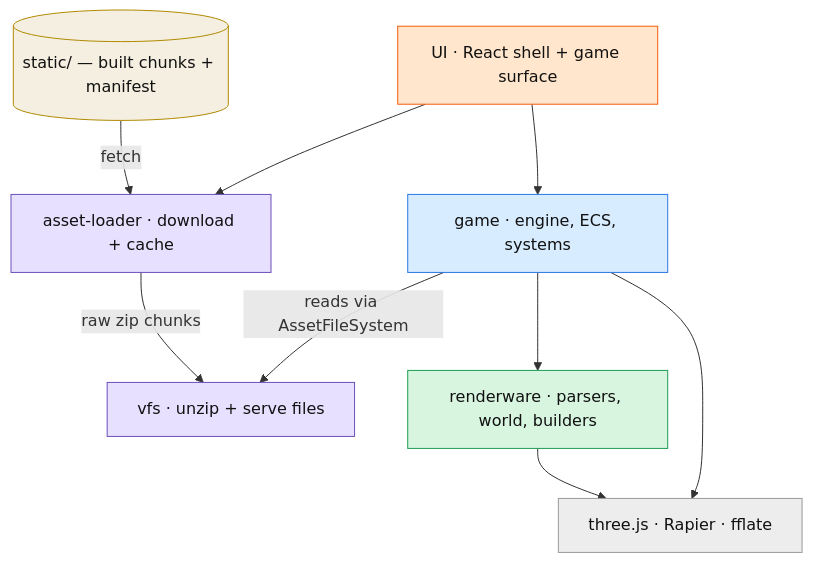
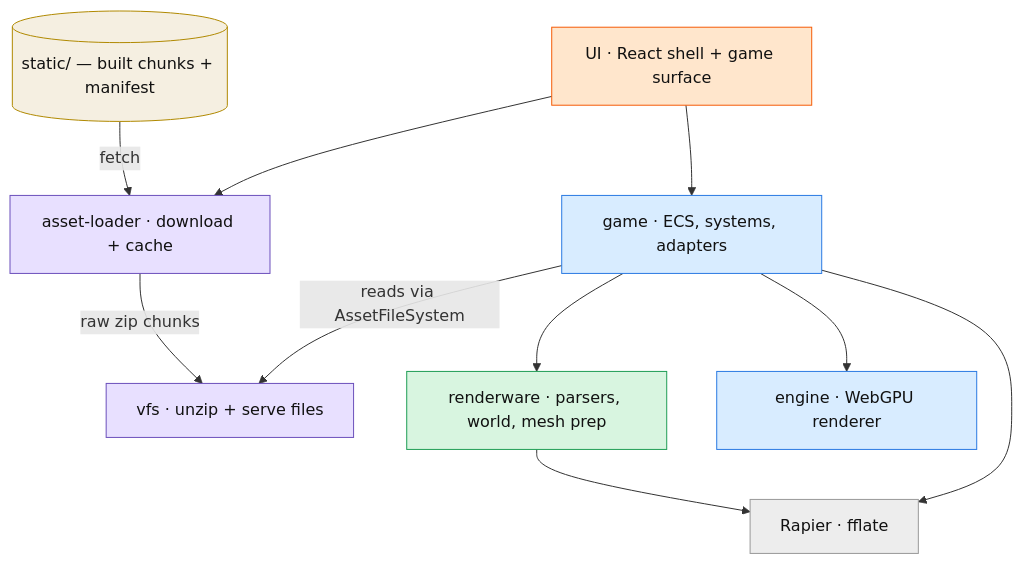
Before and after one commit to sexorcist00/opensa: the first of 4 diagrams in docs/architecture.md, drawn with Mermaid. The commit also changed other lines of this file and 38 other files, not shown here.

````diff
--- a/docs/architecture.md
+++ b/docs/architecture.md
@@ -35,26 +39,28 @@
 ```mermaid
 flowchart TB
   static[("static/ — built chunks + manifest")]:::data
   ui["UI&nbsp;&middot; React shell + game surface"]:::ui
   loader["asset-loader&nbsp;&middot; download + cache"]:::infra
   vfs["vfs&nbsp;&middot; unzip + serve files"]:::infra
-  game["game&nbsp;&middot; engine, ECS, systems"]:::engine
-  rw["renderware&nbsp;&middot; parsers, world, builders"]:::lib
-  ext["three.js &middot; Rapier &middot; fflate"]:::ext
+  game["game&nbsp;&middot; ECS, systems, adapters"]:::engine
+  eng["engine&nbsp;&middot; WebGPU renderer"]:::engine
+  rw["renderware&nbsp;&middot; parsers, world, mesh prep"]:::lib
+  ext["Rapier &middot; fflate"]:::ext
 
   ui --> loader
   ui --> game
   static -->|fetch| loader
   loader -->|raw zip chunks| vfs
   game -->|reads via AssetFileSystem| vfs
   game --> rw
+  game --> eng
   game --> ext
   rw --> ext
 
   classDef ui fill:#ffe6cc,stroke:#f55c07,color:#111
   classDef infra fill:#e8e0ff,stroke:#6b4fbb,color:#111
   classDef engine fill:#d8ecff,stroke:#2a7ae2,color:#111
   classDef lib fill:#d8f5e0,stroke:#1f9d55,color:#111
   classDef ext fill:#ededed,stroke:#999,color:#111
   classDef data fill:#f5efe1,stroke:#b08900,color:#111
 ```
````
